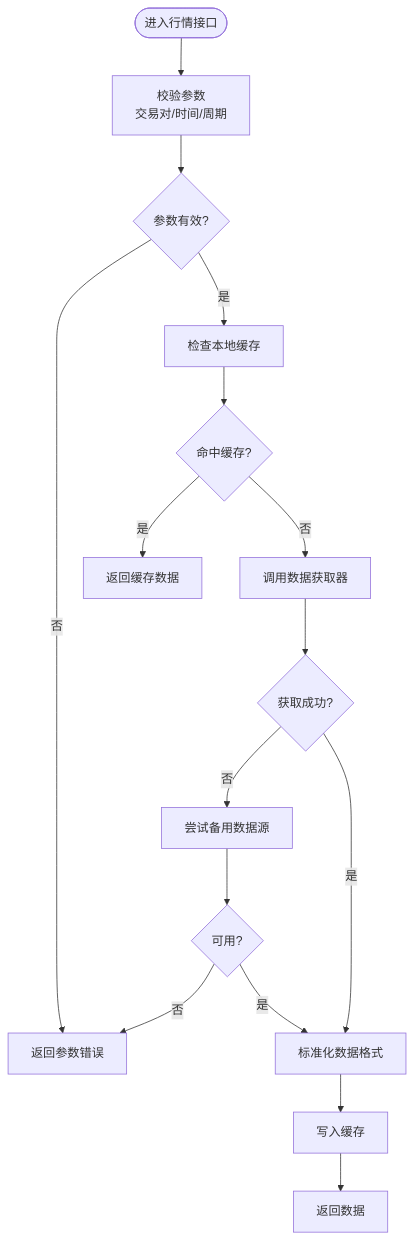
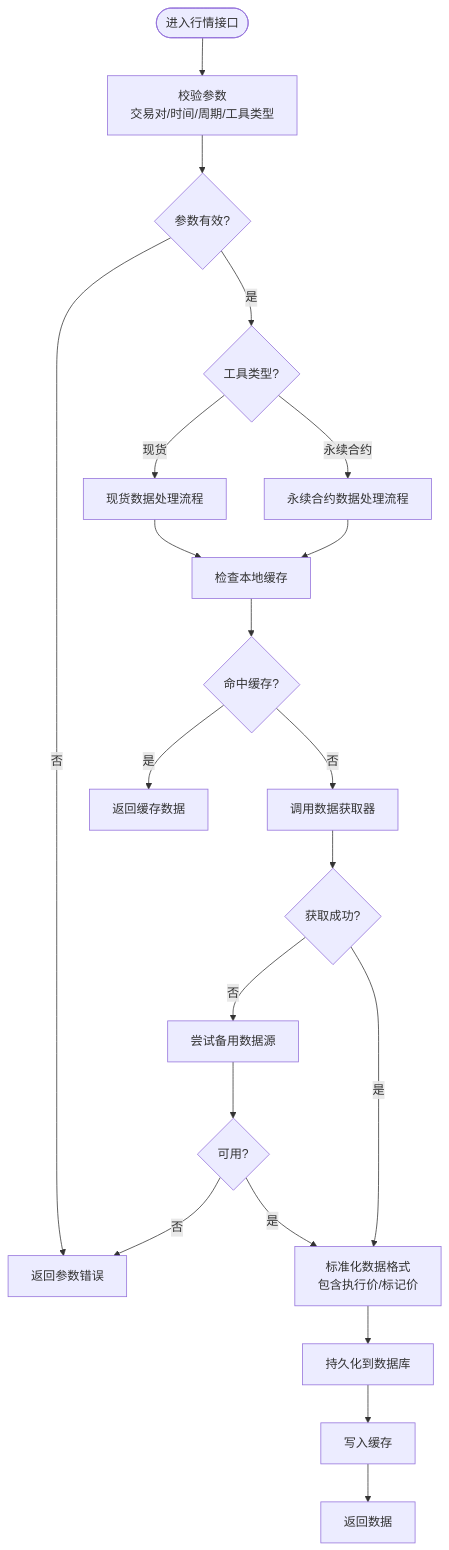
Before and after one commit to anYaoooo/daily_stock_analysis: the third of 12 diagrams in .qoder/repowiki/zh/content/API参考文档/加密货币交易API.md, drawn with Mermaid. The commit also changed other lines of this file and 29 other files, not shown here.

````diff
--- a/.qoder/repowiki/zh/content/API参考文档/加密货币交易API.md
+++ b/.qoder/repowiki/zh/content/API参考文档/加密货币交易API.md
@@ -135,18 +156,23 @@
 ```mermaid
 flowchart TD
-Start(["进入行情接口"]) --> Validate["校验参数<br/>交易对/时间/周期"]
+Start(["进入行情接口"]) --> Validate["校验参数<br/>交易对/时间/周期/工具类型"]
 Validate --> Valid{"参数有效?"}
 Valid --> |否| Err["返回参数错误"]
-Valid --> |是| Cache["检查本地缓存"]
+Valid --> |是| CheckType{"工具类型?"}
+CheckType --> |现货| SpotFlow["现货数据处理流程"]
+CheckType --> |永续合约| PerpFlow["永续合约数据处理流程"]
+SpotFlow --> Cache["检查本地缓存"]
+PerpFlow --> Cache
 Cache --> Hit{"命中缓存?"}
 Hit --> |是| ReturnCache["返回缓存数据"]
 Hit --> |否| Fetch["调用数据获取器"]
 Fetch --> Fetched{"获取成功?"}
 Fetched --> |否| Fallback["尝试备用数据源"]
 Fallback --> Success{"可用?"}
 Success --> |否| Err
-Success --> |是| Normalize["标准化数据格式"]
+Success --> |是| Normalize["标准化数据格式<br/>包含执行价/标记价"]
 Fetched --> |是| Normalize
-Normalize --> Save["写入缓存"]
+Normalize --> Persist["持久化到数据库"]
+Persist --> Save["写入缓存"]
 Save --> Return["返回数据"]
 ```
````
